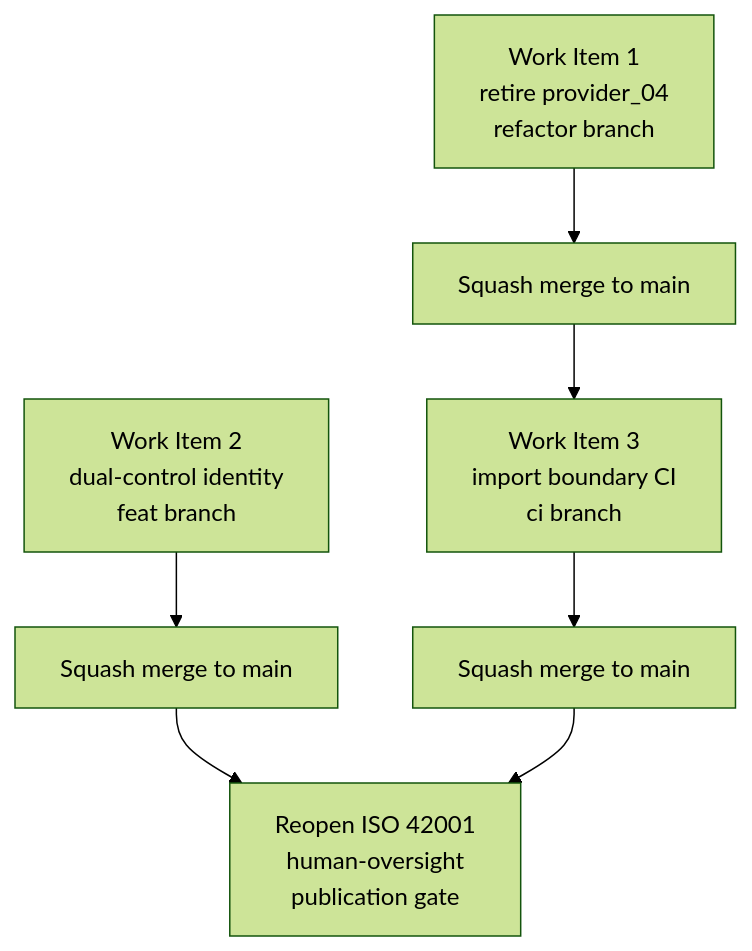
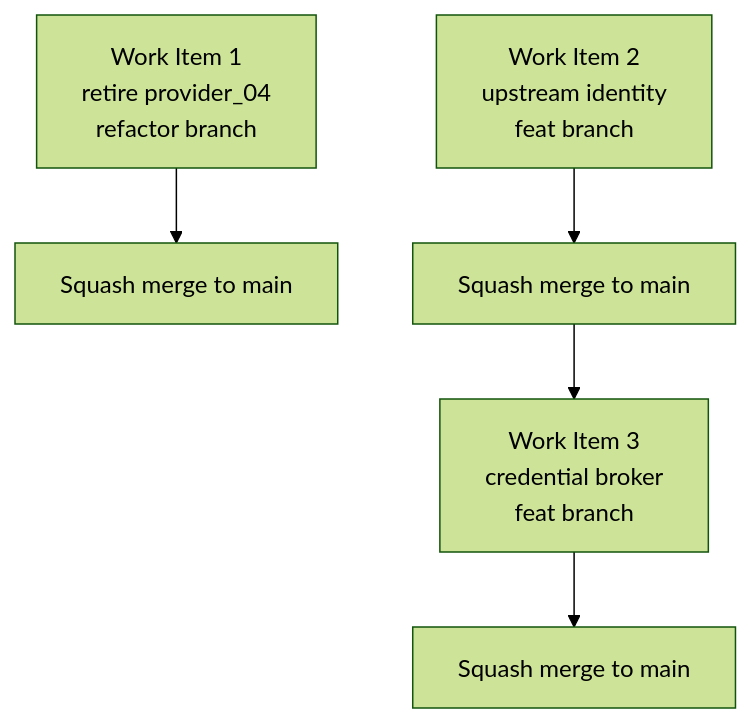
Before and after one commit to google/cybernetic-agent-governance-engine: the diagram in plans/cage_internal_blockers_implementation_plan.md, drawn with Mermaid (forest theme). The commit also changed other lines of this file and 2 other files, not shown here.

````diff
--- a/plans/cage_internal_blockers_implementation_plan.md
+++ b/plans/cage_internal_blockers_implementation_plan.md
@@ -600,9 +145,7 @@
 ```mermaid
 graph TD
     W1[Work Item 1<br/>retire provider_04<br/>refactor branch] --> M1[Squash merge to main]
-    M1 --> W3[Work Item 3<br/>import boundary CI<br/>ci branch]
-    W2[Work Item 2<br/>dual-control identity<br/>feat branch] --> M2[Squash merge to main]
+    W2[Work Item 2<br/>upstream identity<br/>feat branch] --> M2[Squash merge to main]
+    M2 --> W3[Work Item 3<br/>credential broker<br/>feat branch]
     W3 --> M3[Squash merge to main]
-    M2 --> GATE[Reopen ISO 42001<br/>human-oversight<br/>publication gate]
-    M3 --> GATE
 ```
````
